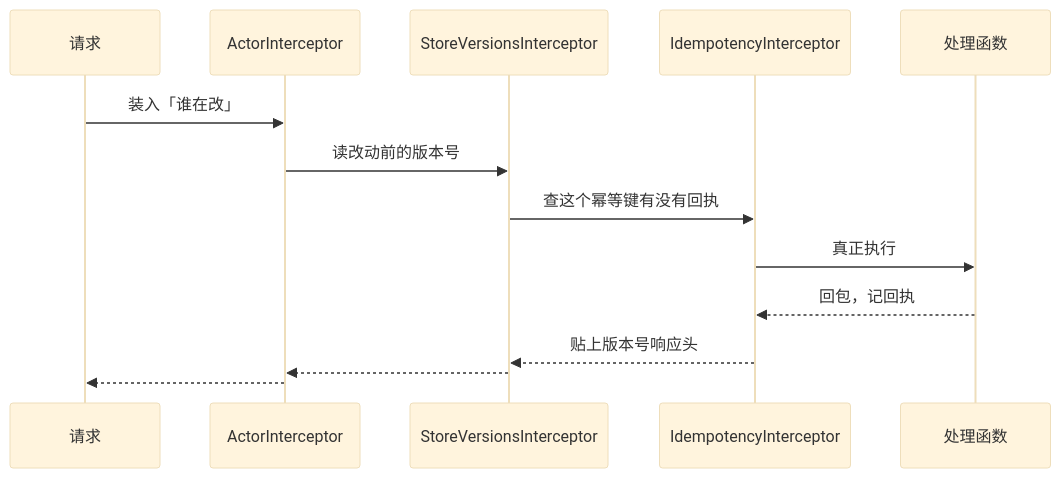
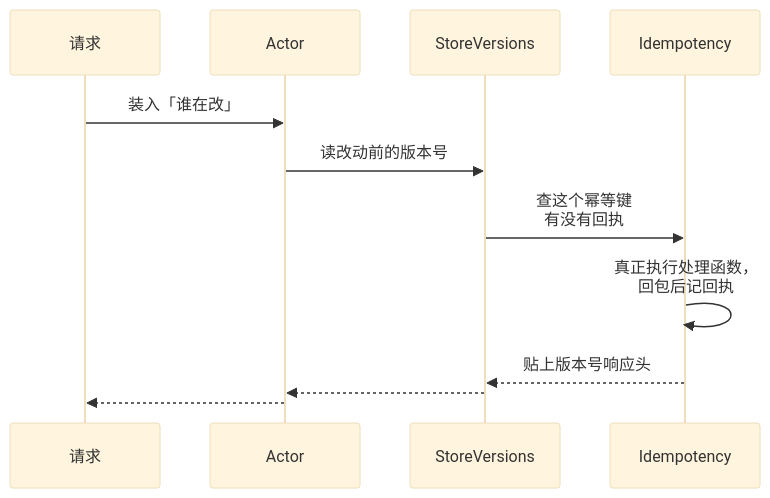
The third of 3 diagrams in books/nestjs-backend/02-request-lifecycle.md (jarvis-pro/hatch-shelf), drawn with Mermaid (base theme) before and after one commit. The commit also changed other lines of this file and 432 other files, not shown here.

````diff
--- a/books/nestjs-backend/02-request-lifecycle.md
+++ b/books/nestjs-backend/02-request-lifecycle.md
@@ -103,16 +104,14 @@
 ```mermaid
 sequenceDiagram
   participant R as 请求
-  participant A as ActorInterceptor
-  participant V as StoreVersionsInterceptor
-  participant I as IdempotencyInterceptor
-  participant H as 处理函数
+  participant A as Actor
+  participant V as StoreVersions
+  participant I as Idempotency
   R->>A: 装入「谁在改」
   A->>V: 读改动前的版本号
-  V->>I: 查这个幂等键有没有回执
-  I->>H: 真正执行
-  H-->>I: 回包，记回执
+  V->>I: 查这个幂等键<br/>有没有回执
+  I->>I: 真正执行处理函数，<br/>回包后记回执
   I-->>V: 贴上版本号响应头
   V-->>A: 
   A-->>R: 
 ```
````
